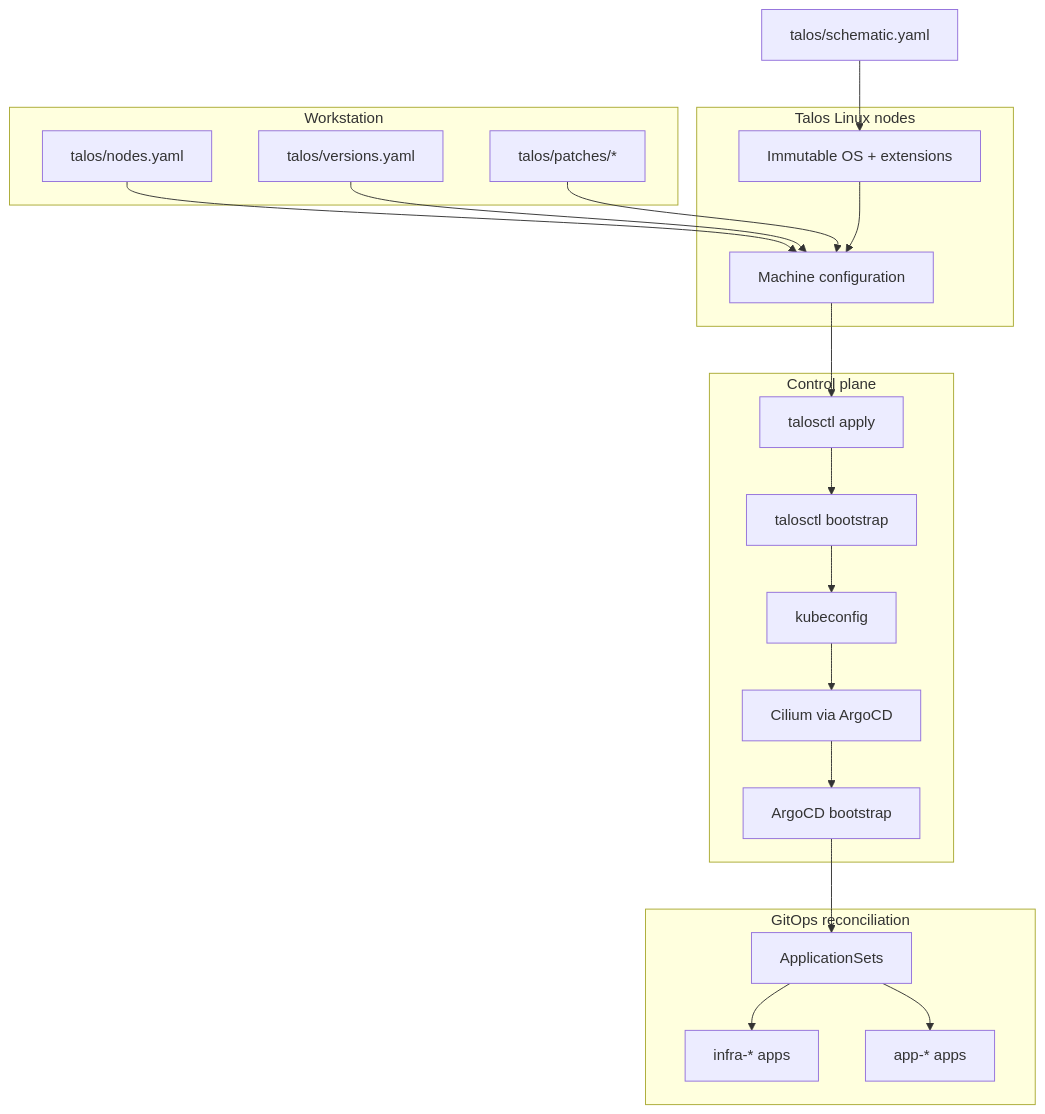
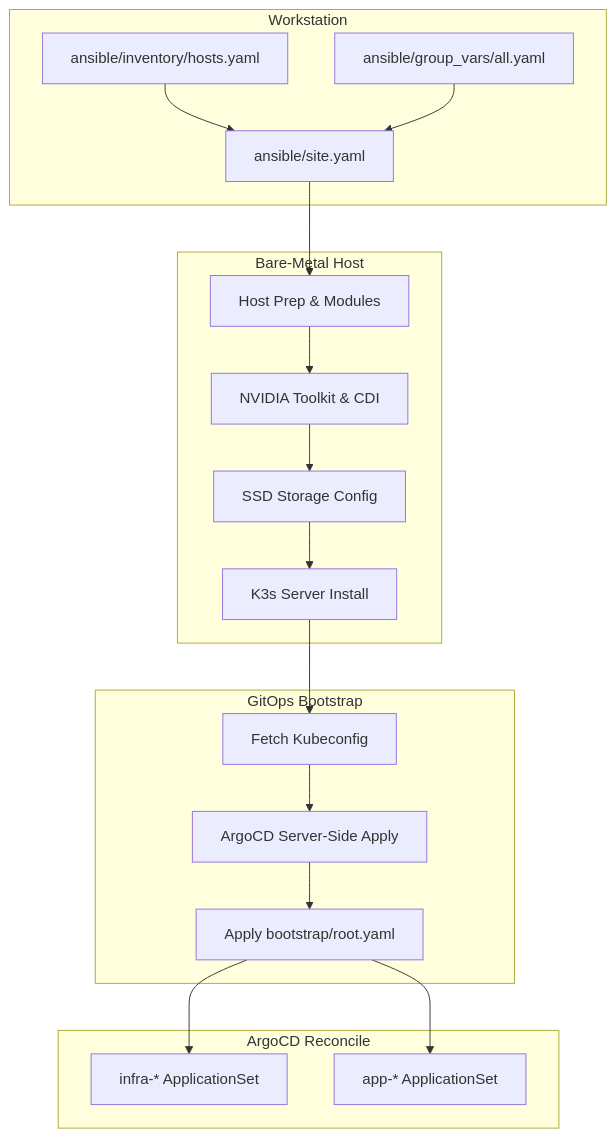
Before and after one commit to nsudhanva/homelab: the fourth of 4 diagrams in README.md, drawn with Mermaid. The commit also changed other lines of this file and 41 other files, not shown here.

Commit message:
Migrate to bare-metal K3s on Ubuntu with automated Ansible provisioning

````diff
--- a/README.md
+++ b/README.md
@@ -152,41 +153,38 @@
 ```mermaid
 flowchart TB
   subgraph Workstation["Workstation"]
-    Inventory["talos/nodes.yaml"]
-    Vars["talos/versions.yaml"]
-    Patches["talos/patches/*"]
+    Inventory["ansible/inventory/hosts.yaml"]
+    Vars["ansible/group_vars/all.yaml"]
+    Playbook["ansible/site.yaml"]
   end
 
-  subgraph Nodes["Talos Linux nodes"]
-    OS["Immutable OS + extensions"]
-    MachineConfig["Machine configuration"]
+  subgraph Target["Bare-Metal Host"]
+    Prep["Host Prep & Modules"]
+    NvidiaSetup["NVIDIA Toolkit & CDI"]
+    K3sInstall["K3s Server Install"]
+    SSD["SSD Storage Config"]
   end
 
-  subgraph ControlPlane["Control plane"]
-    Apply["talosctl apply"]
-    Bootstrap["talosctl bootstrap"]
-    Kubeconfig["kubeconfig"]
-    CNI["Cilium via ArgoCD"]
-    Argo["ArgoCD bootstrap"]
+  subgraph Bootstrap["GitOps Bootstrap"]
+    Kubeconfig["Fetch Kubeconfig"]
+    ArgoApply["ArgoCD Server-Side Apply"]
+    RootApp["Apply bootstrap/root.yaml"]
   end
 
-  subgraph GitOps["GitOps reconciliation"]
-    AppSets["ApplicationSets"]
-    InfraApps["infra-* apps"]
-    UserApps["app-* apps"]
+  subgraph Sync["ArgoCD Reconcile"]
+    Infra["infra-* ApplicationSet"]
+    Apps["app-* ApplicationSet"]
   end
 
-  Inventory --> MachineConfig
-  Vars --> MachineConfig
-  Patches --> MachineConfig
-  Schematic["talos/schematic.yaml"] --> OS
-  OS --> MachineConfig
-  MachineConfig --> Apply
-  Apply --> Bootstrap
-  Bootstrap --> Kubeconfig
-  Kubeconfig --> CNI
-  CNI --> Argo
-  Argo --> AppSets
-  AppSets --> InfraApps
-  AppSets --> UserApps
+  Inventory --> Playbook
+  Vars --> Playbook
+  Playbook --> Prep
+  Prep --> NvidiaSetup
+  NvidiaSetup --> SSD
+  SSD --> K3sInstall
+  K3sInstall --> Kubeconfig
+  Kubeconfig --> ArgoApply
+  ArgoApply --> RootApp
+  RootApp --> Infra
+  RootApp --> Apps
 ```
````
